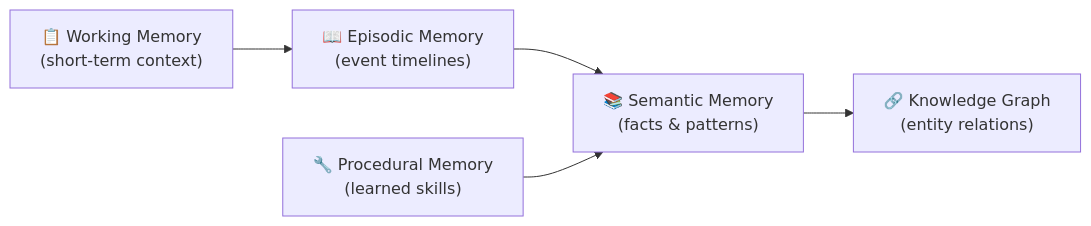
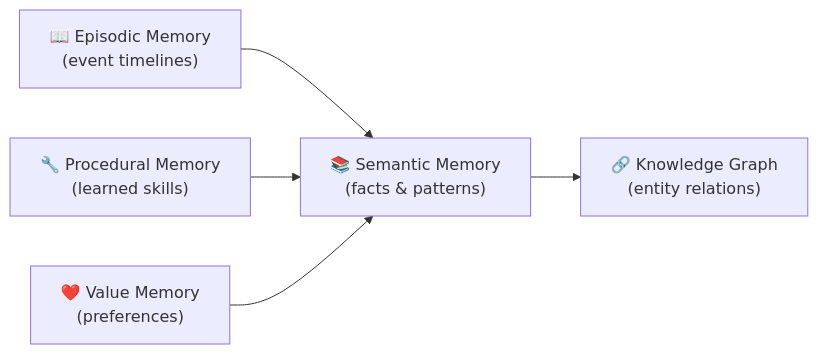
Before and after one commit to HBLLM/hbllm-core: the diagram in docs/architecture/memory-systems.md, drawn with Mermaid. The commit also changed other lines of this file and 6 other files, not shown here.

````diff
--- a/docs/architecture/memory-systems.md
+++ b/docs/architecture/memory-systems.md
@@ -12,13 +12,13 @@
 ```mermaid
 graph LR
-    WM["📋 Working Memory<br/>(short-term context)"]
     EM["📖 Episodic Memory<br/>(event timelines)"]
     SM["📚 Semantic Memory<br/>(facts & patterns)"]
     PM["🔧 Procedural Memory<br/>(learned skills)"]
+    VM["❤️ Value Memory<br/>(preferences)"]
     KG["🔗 Knowledge Graph<br/>(entity relations)"]
     
-    WM --> EM
     EM --> SM
     SM --> KG
     PM --> SM
+    VM --> SM
 ```
````
